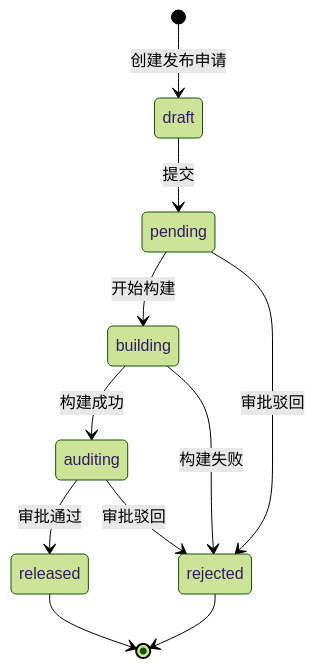
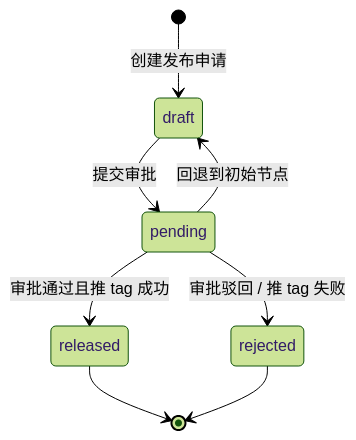
Before and after one commit to qingxiaoyuan/trace-ship: diagram 13 of 17 in docs/business-process-analysis.md, drawn with Mermaid (forest theme). The commit also changed other lines of this file and 8 other files, not shown here.

````diff
--- a/docs/business-process-analysis.md
+++ b/docs/business-process-analysis.md
@@ -397,13 +439,10 @@
 ```mermaid
 stateDiagram-v2
     [*] --> draft: 创建发布申请
-    draft --> pending: 提交
-    pending --> building: 开始构建
-    building --> auditing: 构建成功
-    building --> rejected: 构建失败
-    auditing --> released: 审批通过
-    auditing --> rejected: 审批驳回
-    pending --> rejected: 审批驳回
+    draft --> pending: 提交审批
+    pending --> released: 审批通过且推 tag 成功
+    pending --> rejected: 审批驳回 / 推 tag 失败
+    pending --> draft: 回退到初始节点
     released --> [*]
     rejected --> [*]
 ```
````
